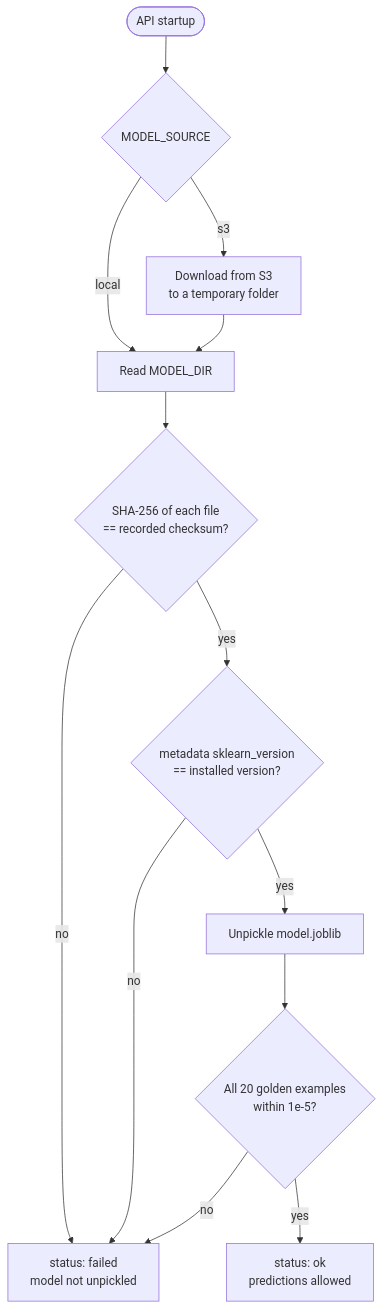
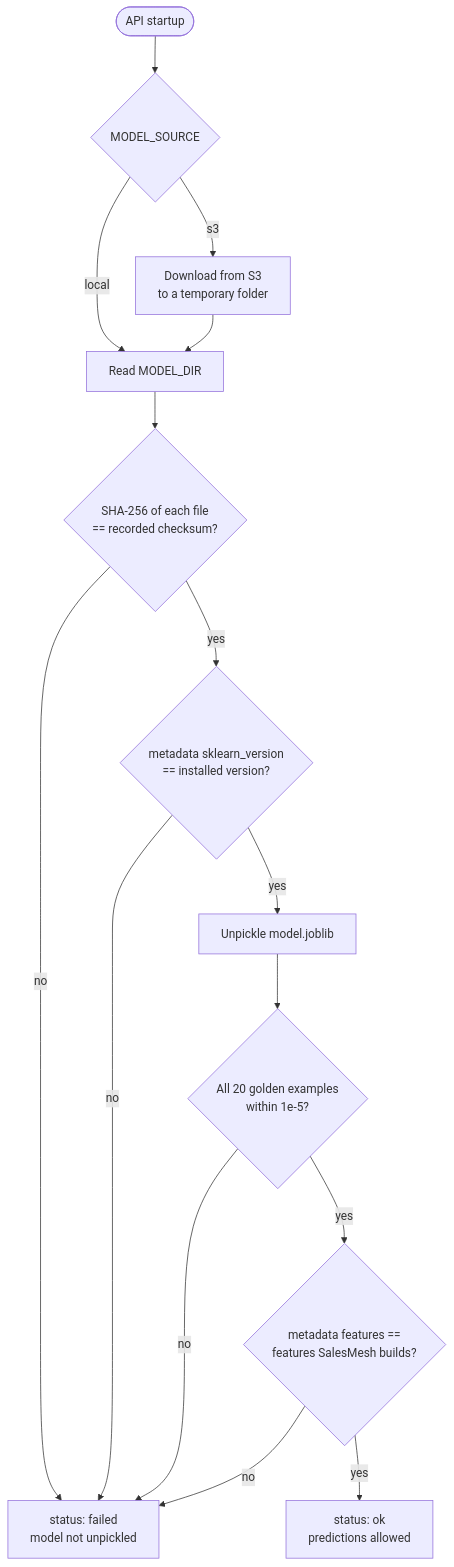
The diagram in docs/ml-scoring.md (Myranyamwanda/Salesmesh), drawn with Mermaid before and after one commit. The commit also changed other lines of this file and 10 other files, not shown here.

````diff
--- a/docs/ml-scoring.md
+++ b/docs/ml-scoring.md
@@ -56,15 +66,17 @@
 ```mermaid
 flowchart TD
     start([API startup]) --> source{MODEL_SOURCE}
     source -- local --> folder[Read MODEL_DIR]
     source -- s3 --> s3[Download from S3<br/>to a temporary folder]
     s3 --> folder
     folder --> sums{SHA-256 of each file<br/>== recorded checksum?}
     sums -- no --> failed
     sums -- yes --> version{metadata sklearn_version<br/>== installed version?}
     version -- no --> failed[status: failed<br/>model not unpickled]
     version -- yes --> load[Unpickle model.joblib]
     load --> golden{All 20 golden examples<br/>within 1e-5?}
     golden -- no --> failed
-    golden -- yes --> ok[status: ok<br/>predictions allowed]
+    golden -- yes --> names{metadata features ==<br/>features SalesMesh builds?}
+    names -- no --> failed
+    names -- yes --> ok[status: ok<br/>predictions allowed]
 ```
````
